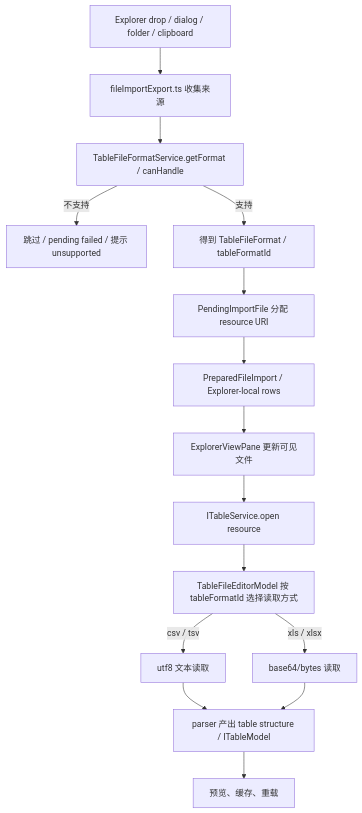
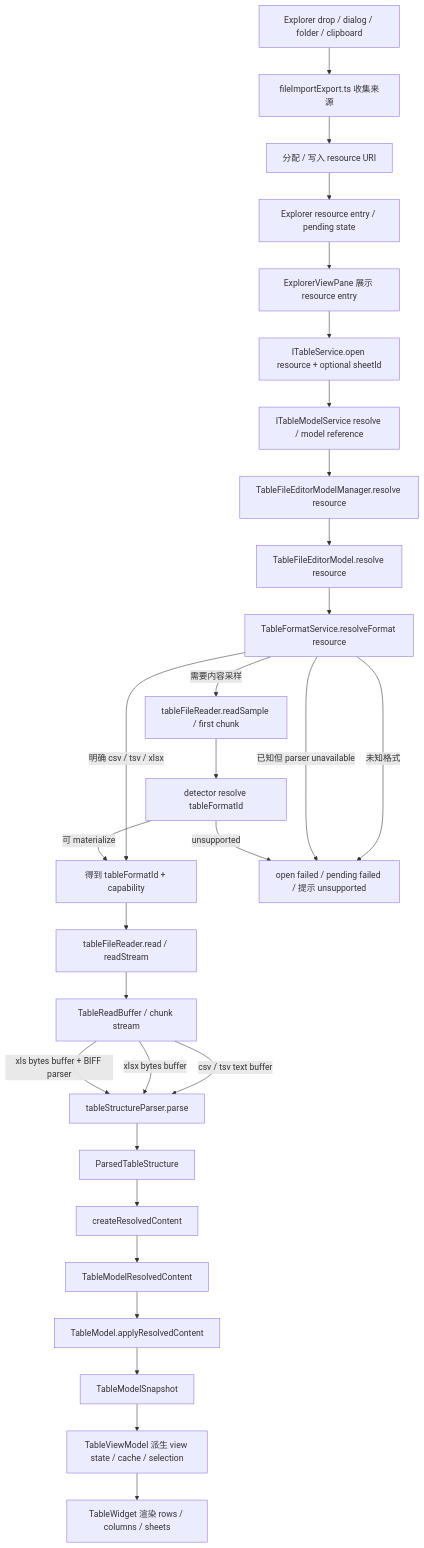
Before and after one commit to chogng/conductor: the second of 2 diagrams in src/cs/workbench/contrib/files/browser/README.md, drawn with Mermaid. The commit also changed other lines of this file and 1 other file, not shown here.

````diff
--- a/src/cs/workbench/contrib/files/browser/README.md
+++ b/src/cs/workbench/contrib/files/browser/README.md
@@ -188,17 +202,31 @@
 ```mermaid
 flowchart TD
   A[Explorer drop / dialog / folder / clipboard] --> B[fileImportExport.ts 收集来源]
-  B --> C[TableFileFormatService.getFormat / canHandle]
-  C -->|不支持| D[跳过 / pending failed / 提示 unsupported]
-  C -->|支持| E[得到 TableFileFormat / tableFormatId]
-  E --> F[PendingImportFile 分配 resource URI]
-  F --> G[PreparedFileImport / Explorer-local rows]
-  G --> H[ExplorerViewPane 更新可见文件]
-  H --> I[ITableService.open resource]
-  I --> J[TableFileEditorModel 按 tableFormatId 选择读取方式]
-  J -->|csv / tsv| K[utf8 文本读取]
-  J -->|xls / xlsx| L[base64/bytes 读取]
-  K --> M[parser 产出 table structure / ITableModel]
-  L --> M
-  M --> N[预览、缓存、重载]
+  B --> C[分配 / 写入 resource URI]
+  C --> D[Explorer resource entry / pending state]
+  D --> E[ExplorerViewPane 展示 resource entry]
+  E --> F[ITableService.open resource + optional sheetId]
+  F --> G[ITableModelService resolve / model reference]
+  G --> H[TableFileEditorModelManager.resolve resource]
+  H --> I[TableFileEditorModel.resolve resource]
+  I --> J[TableFormatService.resolveFormat resource]
+  J -->|明确 csv / tsv / xlsx| K[得到 tableFormatId + capability]
+  J -->|未知格式| U[open failed / pending failed / 提示 unsupported]
+  J -->|已知但 parser unavailable| U
+  J -->|需要内容采样| S[tableFileReader.readSample / first chunk]
+  S --> T[detector resolve tableFormatId]
+  T -->|unsupported| U
+  T -->|可 materialize| K
+  K --> L[tableFileReader.read / readStream]
+  L --> RB[TableReadBuffer / chunk stream]
+  RB -->|csv / tsv text buffer| M[tableStructureParser.parse]
+  RB -->|xlsx bytes buffer| M
+  RB -->|xls bytes buffer + BIFF parser| M
+  M --> N[ParsedTableStructure]
+  N --> O[createResolvedContent]
+  O --> P[TableModelResolvedContent]
+  P --> Q[TableModel.applyResolvedContent]
+  Q --> R[TableModelSnapshot]
+  R --> V[TableViewModel 派生 view state / cache / selection]
+  V --> W[TableWidget 渲染 rows / columns / sheets]
 ```
````
